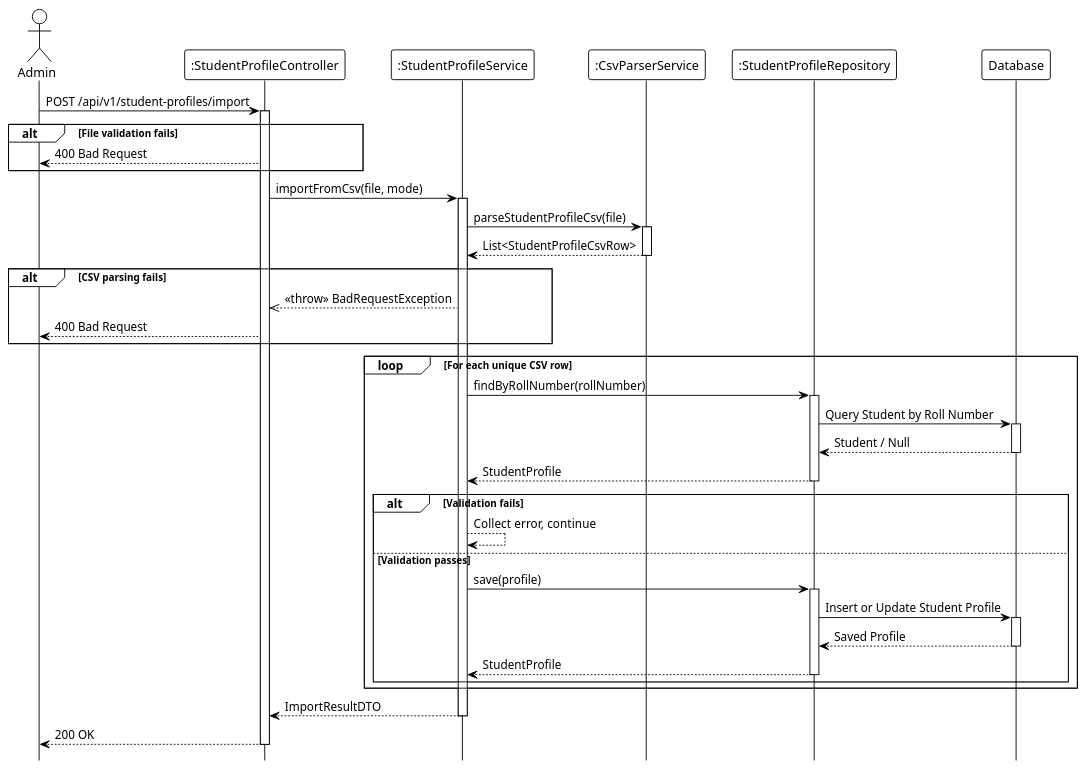
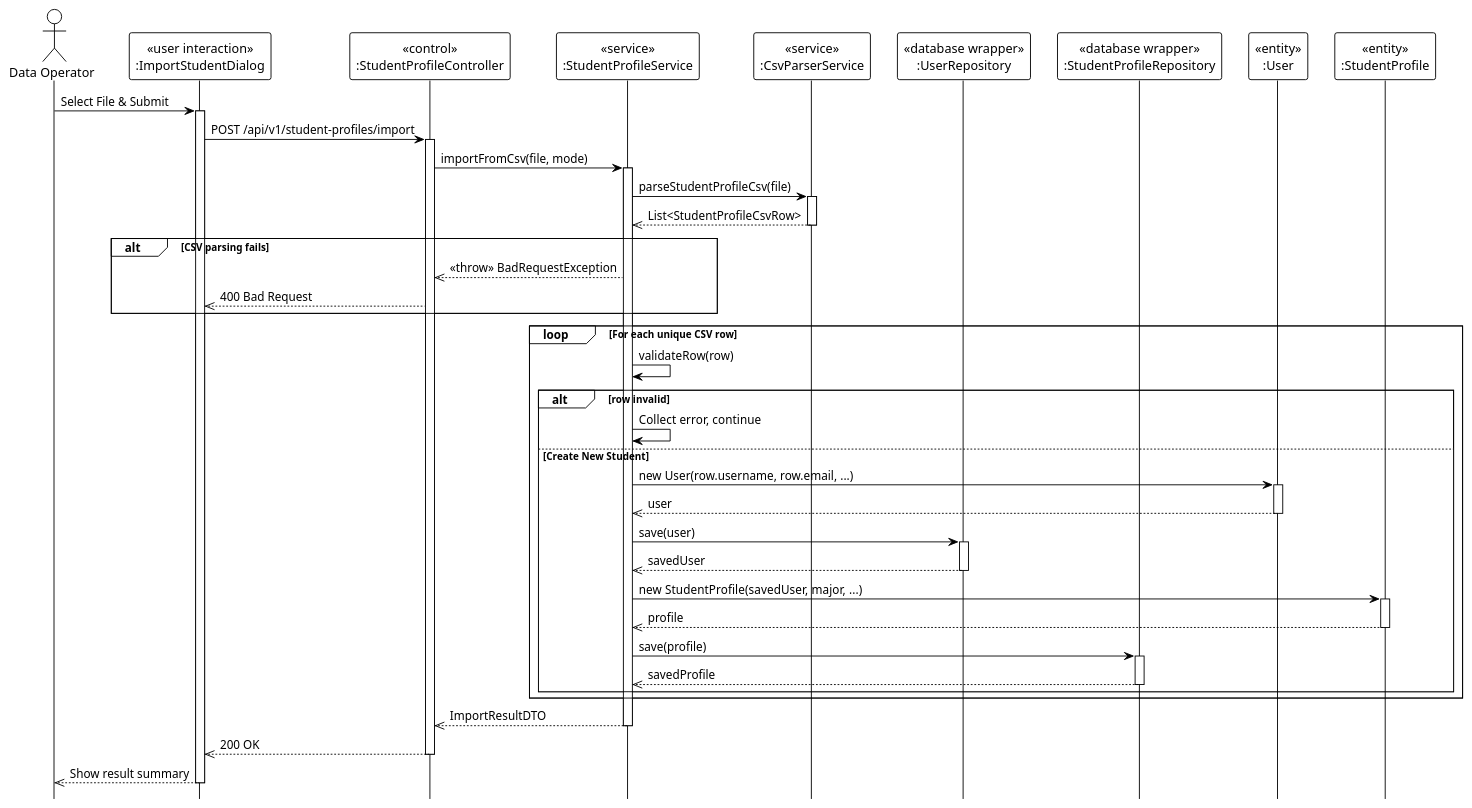
Before and after one commit to Ndh474/context: the diagram in system_detailed_design/47_import_csv_student/sequence_diagram_import_csv_student.puml, drawn with PlantUML. The commit also changed 8 other files, not shown here.

Commit message:
docs: Add PlantUML sequence and class diagrams for various student management system detailed designs.

```diff
--- a/system_detailed_design/47_import_csv_student/sequence_diagram_import_csv_student.puml
+++ b/system_detailed_design/47_import_csv_student/sequence_diagram_import_csv_student.puml
@@ -1,80 +1,78 @@
 @startuml import_csv_student
 !theme plain
 hide footbox
 
-actor Admin
-participant ":StudentProfileController" as Controller
-participant ":StudentProfileService" as Service
-participant ":CsvParserService" as CsvParser
-participant ":StudentProfileRepository" as Repository
-participant "Database" as DB
+actor "Data Operator" as Admin
+
+participant "«user interaction»\n:ImportStudentDialog" as UI
+participant "«control»\n:StudentProfileController" as Controller
+participant "«service»\n:StudentProfileService" as Service
+participant "«service»\n:CsvParserService" as CsvParser
+participant "«database wrapper»\n:UserRepository" as UserRepo
+participant "«database wrapper»\n:StudentProfileRepository" as ProfileRepo
+participant "«entity»\n:User" as UserEntity
+participant "«entity»\n:StudentProfile" as ProfileEntity
 
 ' --- MAIN FLOW ---
-Admin -> Controller: POST /api/v1/student-profiles/import
+Admin -> UI: Select File & Submit
+activate UI
+
+UI -> Controller: POST /api/v1/student-profiles/import
 activate Controller
-
-' File validation (internal)
-
-alt File validation fails
-    Controller --> Admin: 400 Bad Request
-end
 
 Controller -> Service: importFromCsv(file, mode)
 activate Service
 
 ' --- PARSE CSV ---
 Service -> CsvParser: parseStudentProfileCsv(file)
 activate CsvParser
-
-CsvParser --> Service: List<StudentProfileCsvRow>
+CsvParser -->> Service: List<StudentProfileCsvRow>
 deactivate CsvParser
 
 alt CSV parsing fails
     Service -->> Controller: <<throw>> BadRequestException
-    Controller --> Admin: 400 Bad Request
+    Controller -->> UI: 400 Bad Request
 end
-
-' CSV deduplication (internal)
 
 ' --- BATCH PROCESSING LOOP ---
 loop For each unique CSV row
-    ' Row validation (internal: major validation, email/username/roll number uniqueness, role assignment)
+    ' Validation (Internal)
+    Service -> Service: validateRow(row)
 
-    Service -> Repository: findByRollNumber(rollNumber)
-    activate Repository
-    
-    Repository -> DB: Query Student by Roll Number
-    activate DB
-    DB --> Repository: Student / Null
-    deactivate DB
-    
-    Repository --> Service: StudentProfile
-    deactivate Repository
-    
-    ' Business logic: create or update based on mode (internal)
-    
-    alt Validation fails
-        Service --> Service: Collect error, continue
-    else Validation passes
-        Service -> Repository: save(profile)
-        activate Repository
+    alt row invalid
+        Service -> Service: Collect error, continue
+    else Create New Student
+        ' --- CREATE USER ---
+        Service -> UserEntity: new User(row.username, row.email, ...)
+        activate UserEntity
+        UserEntity -->> Service: user
+        deactivate UserEntity
         
-        Repository -> DB: Insert or Update Student Profile
-        activate DB
-        DB --> Repository: Saved Profile
-        deactivate DB
-        
-        Repository --> Service: StudentProfile
-        deactivate Repository
+        Service -> UserRepo: save(user)
+        activate UserRepo
+        UserRepo -->> Service: savedUser
+        deactivate UserRepo
+
+        ' --- CREATE PROFILE ---
+        Service -> ProfileEntity: new StudentProfile(savedUser, major, ...)
+        activate ProfileEntity
+        ProfileEntity -->> Service: profile
+        deactivate ProfileEntity
+
+        Service -> ProfileRepo: save(profile)
+        activate ProfileRepo
+        ProfileRepo -->> Service: savedProfile
+        deactivate ProfileRepo
     end
 end
 
-' Build result with success/failure counts (internal)
-
-Service --> Controller: ImportResultDTO
+Service -->> Controller: ImportResultDTO
 deactivate Service
 
-Controller --> Admin: 200 OK
+Controller -->> UI: 200 OK
 deactivate Controller
 
+UI -->> Admin: Show result summary
+deactivate UI
+
 @enduml
```
